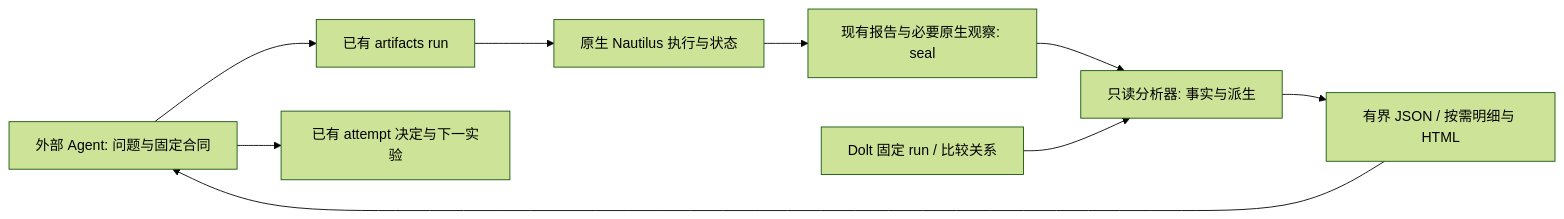
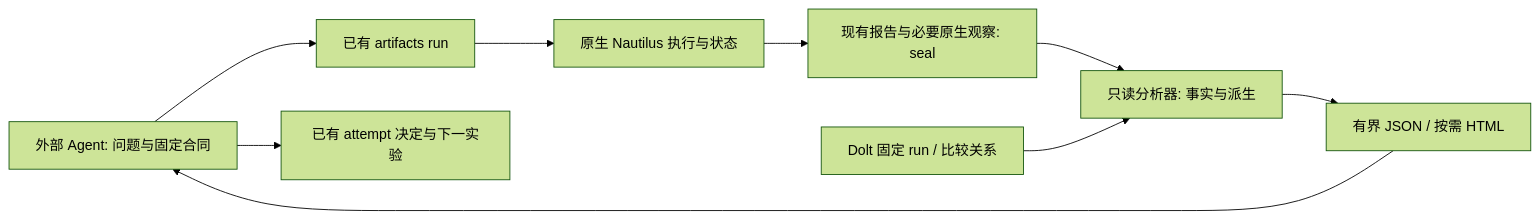
One commit to qOeOp/trade changed the diagram in docs/plans/native-rd-analysis-plan.zh.md. Above: the diagram before and after it, drawn with Mermaid (forest theme). The commit also changed other lines of this file and 2 other files, not shown here.

````diff
--- a/docs/plans/native-rd-analysis-plan.zh.md
+++ b/docs/plans/native-rd-analysis-plan.zh.md
@@ -85,11 +135,11 @@
 ```mermaid
 flowchart LR
   A[外部 Agent: 问题与固定合同] --> R[已有 artifacts run]
   R --> N[原生 Nautilus 执行与状态]
   N --> S[现有报告与必要原生观察: seal]
   S --> D[只读分析器: 事实与派生]
   L[Dolt 固定 run / 比较关系] --> D
-  D --> J[有界 JSON / 按需明细与 HTML]
+  D --> J[有界 JSON / 按需 HTML]
   J --> A
   A --> Q[已有 attempt 决定与下一实验]
 ```
````
